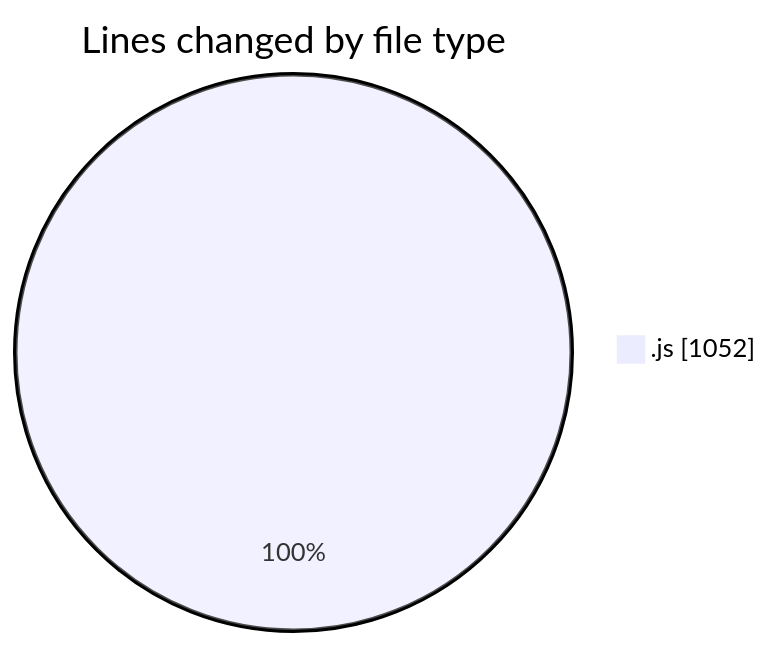
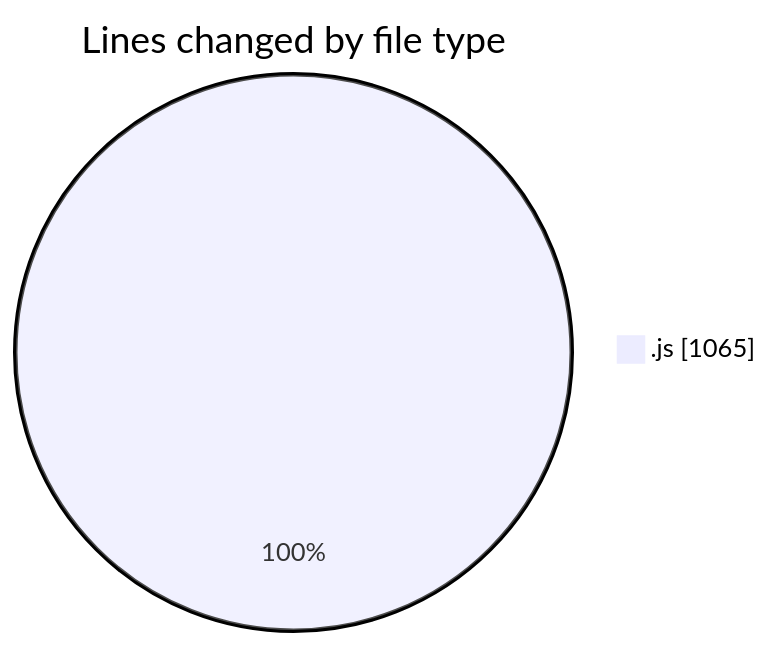
The first of 2 diagrams in 2025-11-04/nxtqube_webapp/README.md (nxtqubesakshisongat/code-tracking), drawn with Mermaid before and after one commit. The commit also changed other lines of this file and 1 other file, not shown here.

````diff
--- a/2025-11-04/nxtqube_webapp/README.md
+++ b/2025-11-04/nxtqube_webapp/README.md
@@ -24,5 +24,5 @@
 ```mermaid
 pie showData
 title Lines changed by file type
-".js" : 1052
+".js" : 1065
 ```
````
